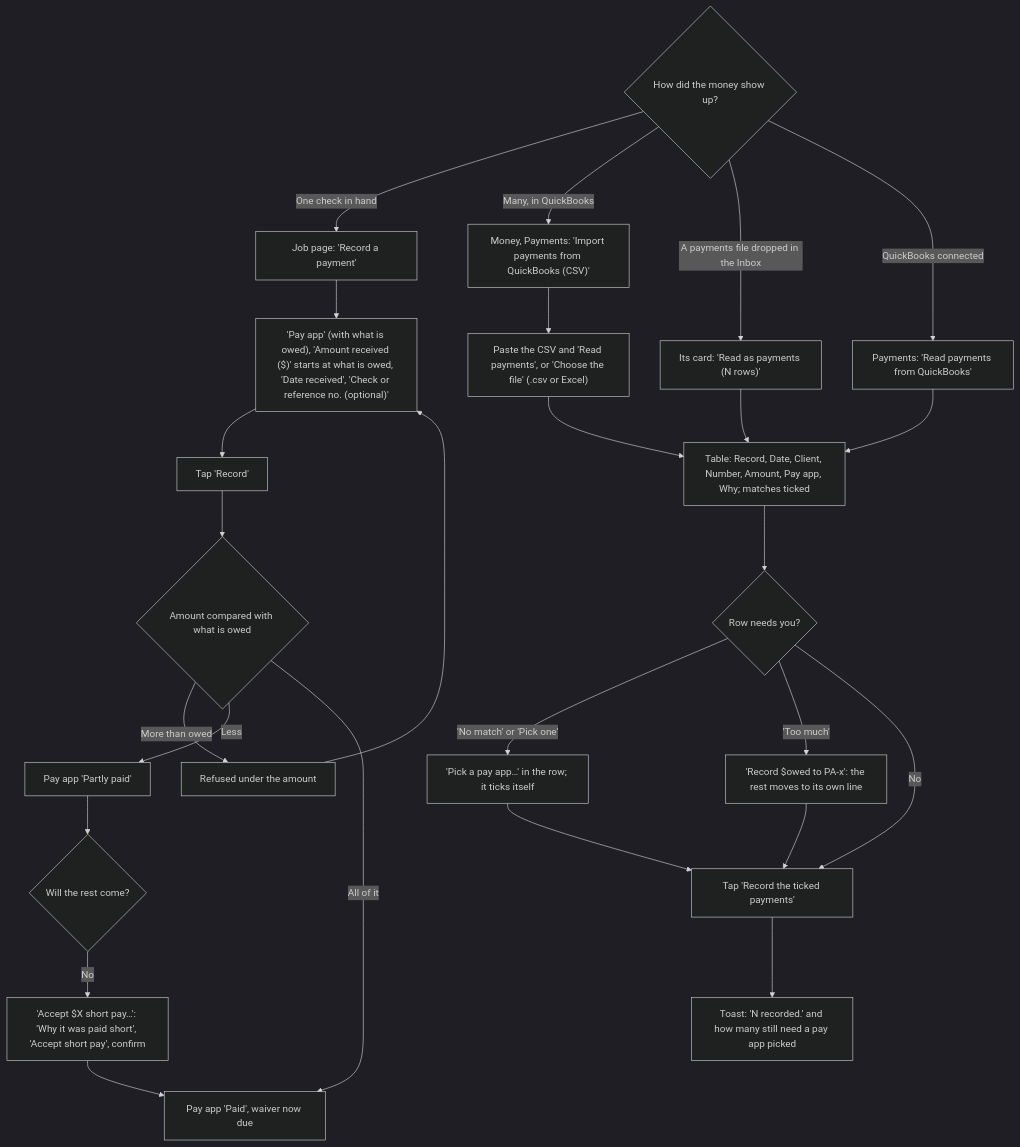
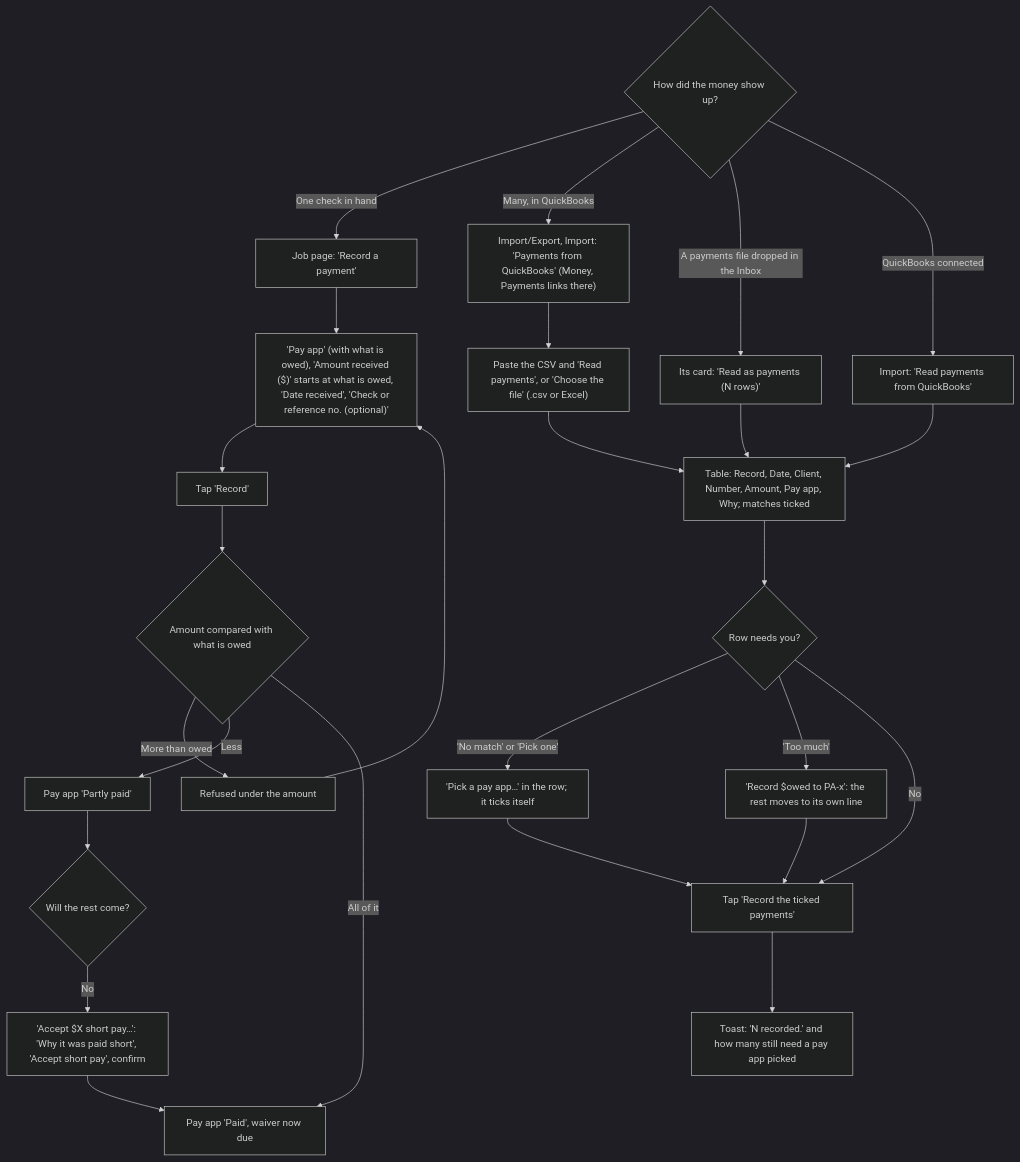
The tenth of 15 diagrams in docs/client-flows.md (cartwrightstephen/billdable), drawn with Mermaid (dark theme) before and after one commit. The commit also changed other lines of this file and 1 other file, not shown here.

First line of the commit message:
Flows doc and helper answers: Everything received, the Outbox's Print, and Import/Export

````diff
--- a/docs/client-flows.md
+++ b/docs/client-flows.md
@@ -372,28 +372,28 @@
 ```mermaid
 flowchart TD
     A{"How did the money show up?"} -->|"One check in hand"| B["Job page: 'Record a payment'"]
     B --> C["'Pay app' (with what is owed), 'Amount received ($)' starts at what is owed, 'Date received', 'Check or reference no. (optional)'"]
     C --> D["Tap 'Record'"]
     D --> E{"Amount compared with what is owed"}
     E -->|"More than owed"| F["Refused under the amount"]
     F --> C
     E -->|"Less"| G["Pay app 'Partly paid'"]
     G --> G2{"Will the rest come?"}
     G2 -->|"No"| G3["'Accept $X short pay…': 'Why it was paid short', 'Accept short pay', confirm"]
     G3 --> H
     E -->|"All of it"| H["Pay app 'Paid', waiver now due"]
-    A -->|"Many, in QuickBooks"| I["Money, Payments: 'Import payments from QuickBooks (CSV)'"]
+    A -->|"Many, in QuickBooks"| I["Import/Export, Import: 'Payments from QuickBooks' (Money, Payments links there)"]
     I --> J["Paste the CSV and 'Read payments', or 'Choose the file' (.csv or Excel)"]
     A -->|"A payments file dropped in the Inbox"| J2["Its card: 'Read as payments (N rows)'"]
     J2 --> K
     J --> K["Table: Record, Date, Client, Number, Amount, Pay app, Why; matches ticked"]
     K --> L{"Row needs you?"}
     L -->|"'No match' or 'Pick one'"| L1["'Pick a pay app…' in the row; it ticks itself"]
     L -->|"'Too much'"| L2["'Record $owed to PA-x': the rest moves to its own line"]
     L1 --> M
     L2 --> M
     L -->|"No"| M["Tap 'Record the ticked payments'"]
     M --> N["Toast: 'N recorded.' and how many still need a pay app picked"]
-    A -->|"QuickBooks connected"| O["Payments: 'Read payments from QuickBooks'"]
+    A -->|"QuickBooks connected"| O["Import: 'Read payments from QuickBooks'"]
     O --> K
 ```
````
